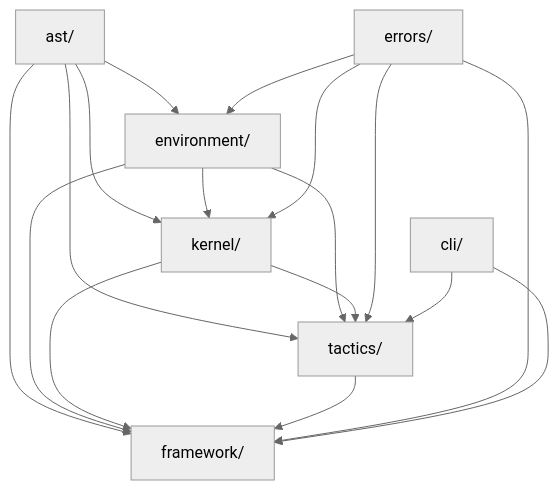
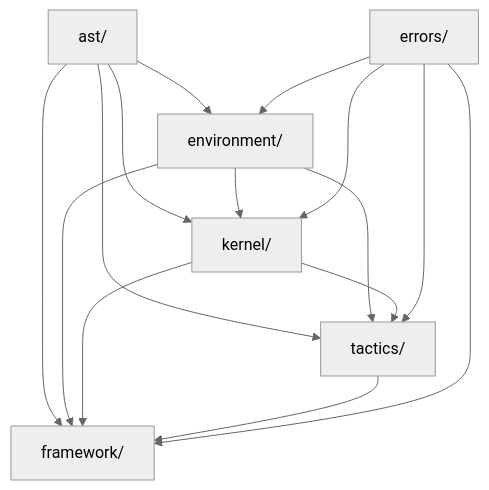
Before and after one commit to kumo01GitHub/poussins: the first of 2 diagrams in docs/developer-guide.md, drawn with Mermaid (neutral theme). The commit also changed other lines of this file and 8 other files, not shown here.

````diff
--- a/docs/developer-guide.md
+++ b/docs/developer-guide.md
@@ -41,19 +39,17 @@
 ```mermaid
 flowchart TD
     A[ast/] --> E[environment/]
     A --> K[kernel/]
     A --> T[tactics/]
     A --> F[framework/]
     E --> K
     E --> T
     E --> F
     K --> T
     K --> F
     T --> F
     X[errors/] --> E
     X --> K
     X --> T
     X --> F
-    C[cli/] --> F
-    C --> T
 ```
````
